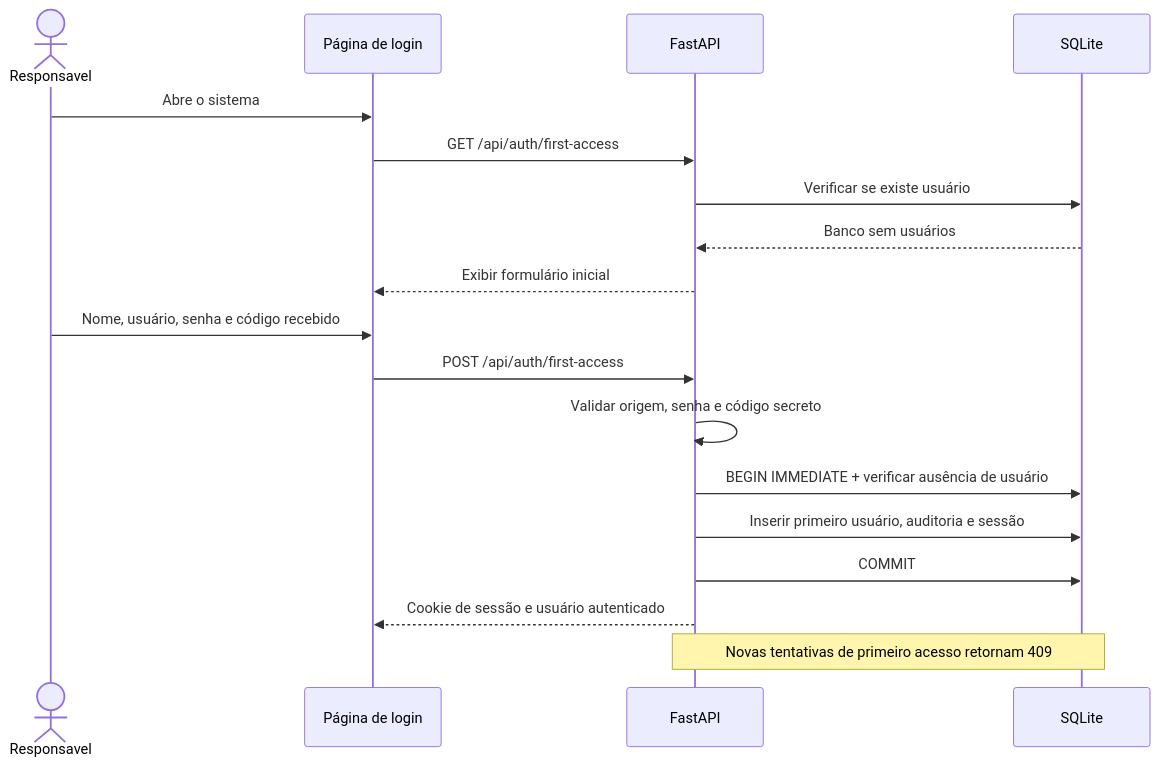
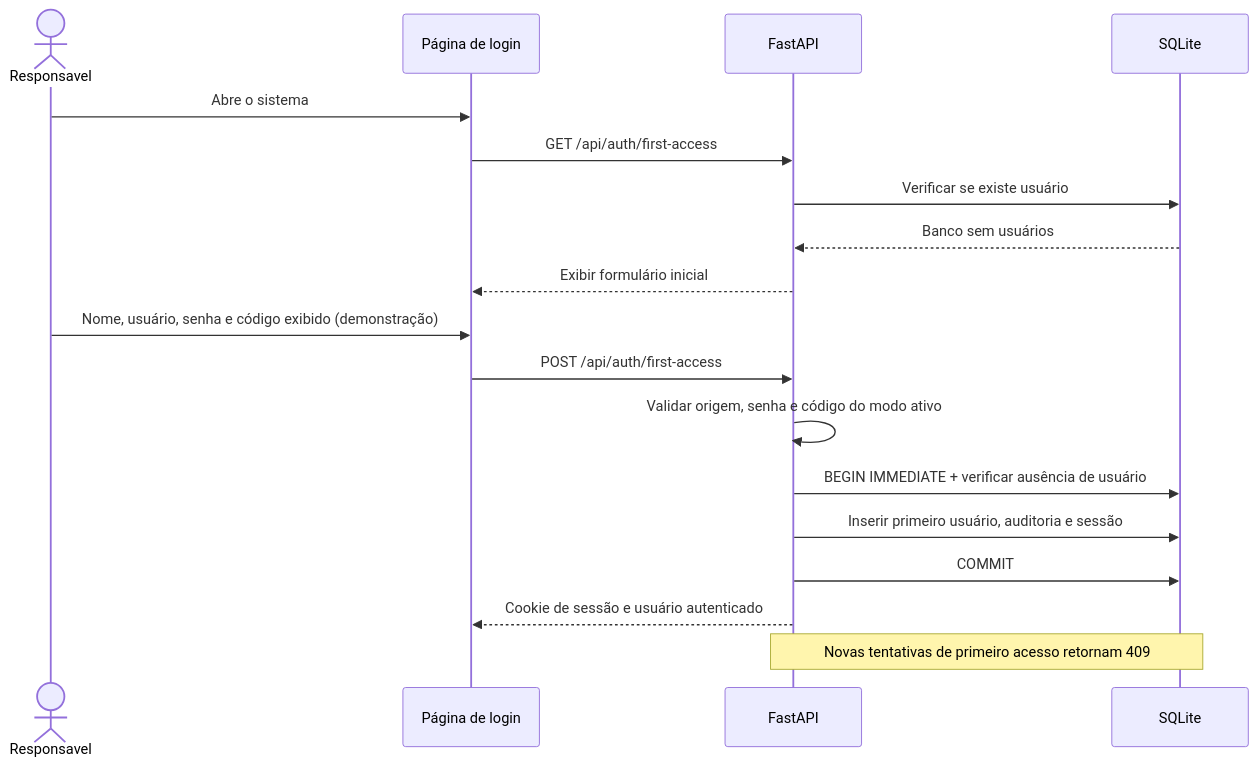
One commit to Jonathas-Ramos/Projeto-Pousada changed the fifth of 5 diagrams in docs/DIAGRAMAS.md. Above: the diagram before and after it, drawn with Mermaid. The commit also changed 12 other files, not shown here.

````diff
--- a/docs/DIAGRAMAS.md
+++ b/docs/DIAGRAMAS.md
@@ -261,20 +261,20 @@
 ```mermaid
 sequenceDiagram
     actor Responsavel
     participant UI as Página de login
     participant API as FastAPI
     participant DB as SQLite
     Responsavel->>UI: Abre o sistema
     UI->>API: GET /api/auth/first-access
     API->>DB: Verificar se existe usuário
     DB-->>API: Banco sem usuários
     API-->>UI: Exibir formulário inicial
-    Responsavel->>UI: Nome, usuário, senha e código recebido
+    Responsavel->>UI: Nome, usuário, senha e código exibido (demonstração)
     UI->>API: POST /api/auth/first-access
-    API->>API: Validar origem, senha e código secreto
+    API->>API: Validar origem, senha e código do modo ativo
     API->>DB: BEGIN IMMEDIATE + verificar ausência de usuário
     API->>DB: Inserir primeiro usuário, auditoria e sessão
     API->>DB: COMMIT
     API-->>UI: Cookie de sessão e usuário autenticado
     Note over API,DB: Novas tentativas de primeiro acesso retornam 409
 ```
````
